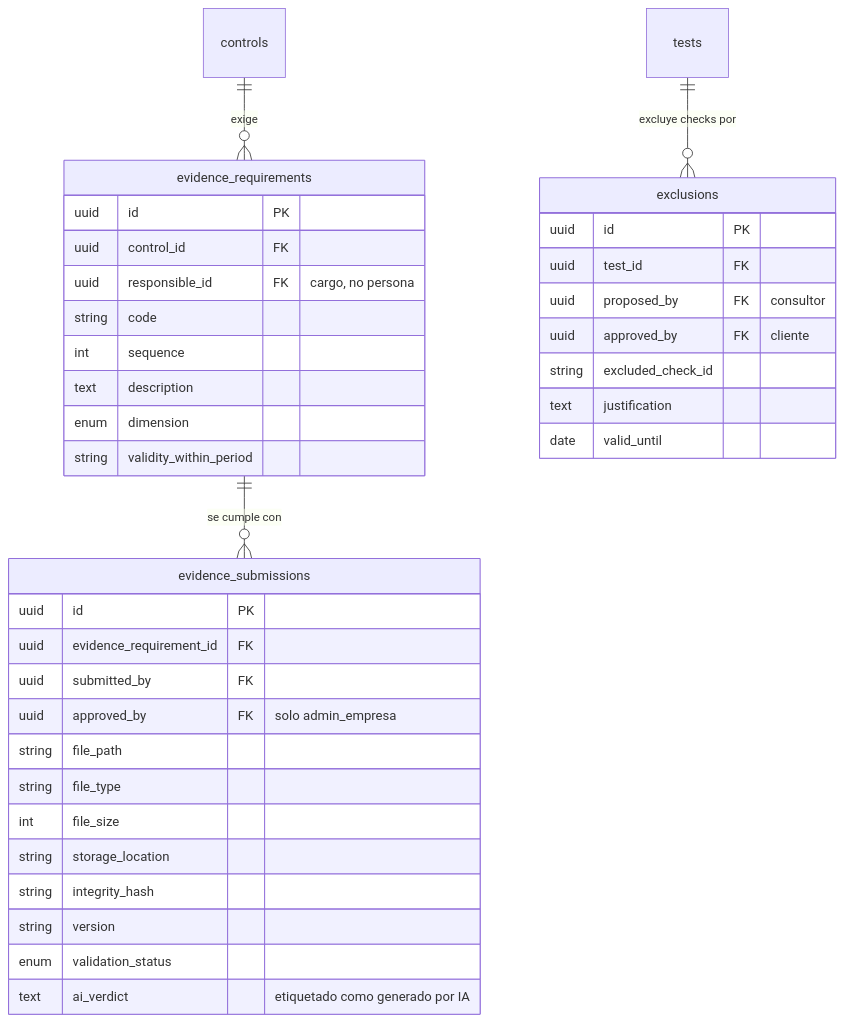
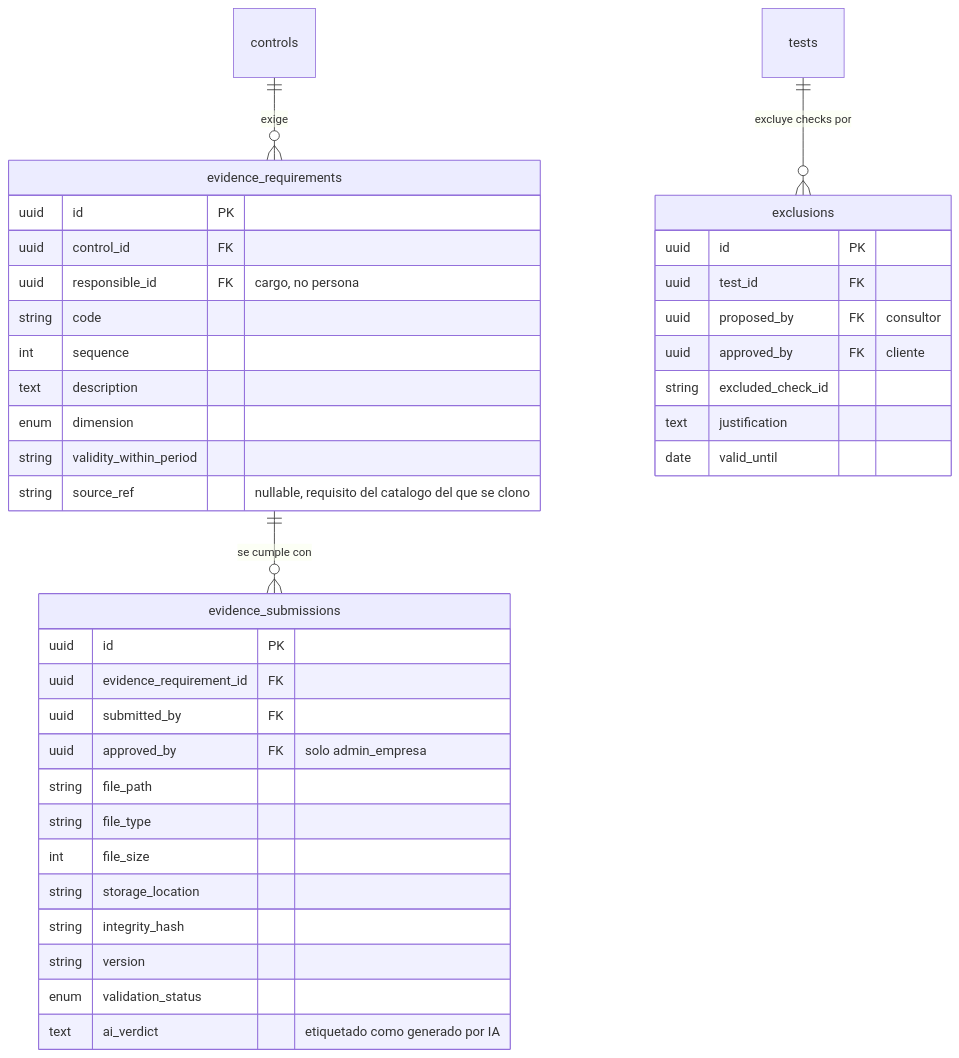
Before and after one commit to Monkey-GRC/Monkey-Brain-IA: diagram 13 of 16 in skills/product/monkey-compliance-council/references/modelo-datos.md, drawn with Mermaid. The commit also changed other lines of this file and 10 other files, not shown here.

Commit message:
docs(model): update relational model after migration review (D26-D34) and absorb schema implementation log

````diff
--- a/skills/product/monkey-compliance-council/references/modelo-datos.md
+++ b/skills/product/monkey-compliance-council/references/modelo-datos.md
@@ -1291,39 +1435,40 @@
 ```mermaid
 erDiagram
     evidence_requirements {
         uuid id PK
         uuid control_id FK
         uuid responsible_id FK "cargo, no persona"
         string code
         int sequence
         text description
         enum dimension
         string validity_within_period
+        string source_ref "nullable, requisito del catalogo del que se clono"
     }
     evidence_submissions {
         uuid id PK
         uuid evidence_requirement_id FK
         uuid submitted_by FK
         uuid approved_by FK "solo admin_empresa"
         string file_path
         string file_type
         int file_size
         string storage_location
         string integrity_hash
         string version
         enum validation_status
         text ai_verdict "etiquetado como generado por IA"
     }
     exclusions {
         uuid id PK
         uuid test_id FK
         uuid proposed_by FK "consultor"
         uuid approved_by FK "cliente"
         string excluded_check_id
         text justification
         date valid_until
     }
     controls ||--o{ evidence_requirements : "exige"
     evidence_requirements ||--o{ evidence_submissions : "se cumple con"
     tests ||--o{ exclusions : "excluye checks por"
 ```
````
